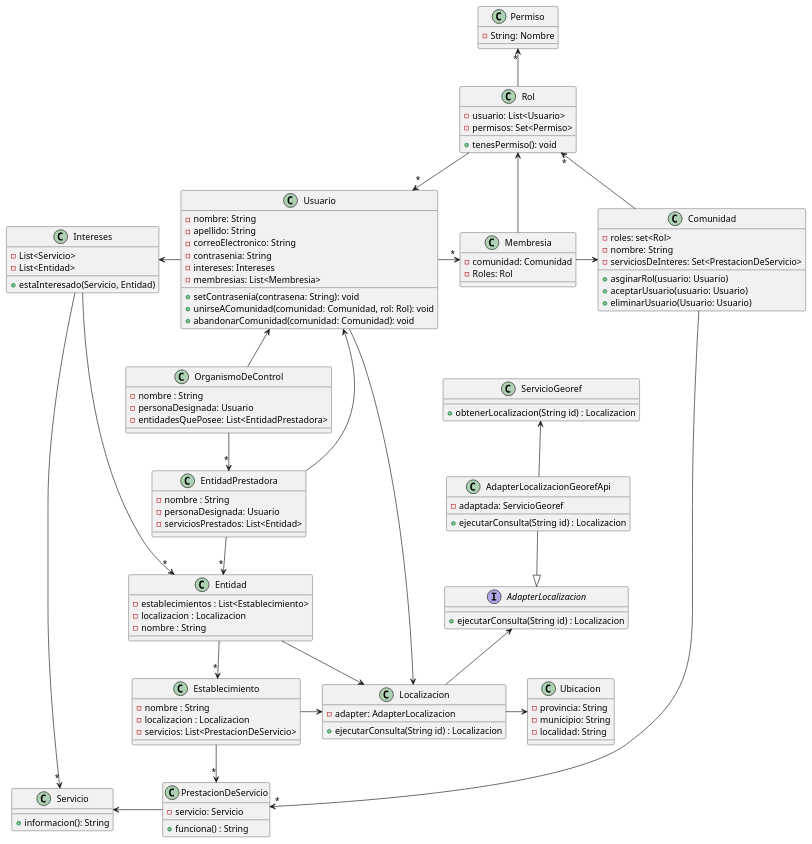
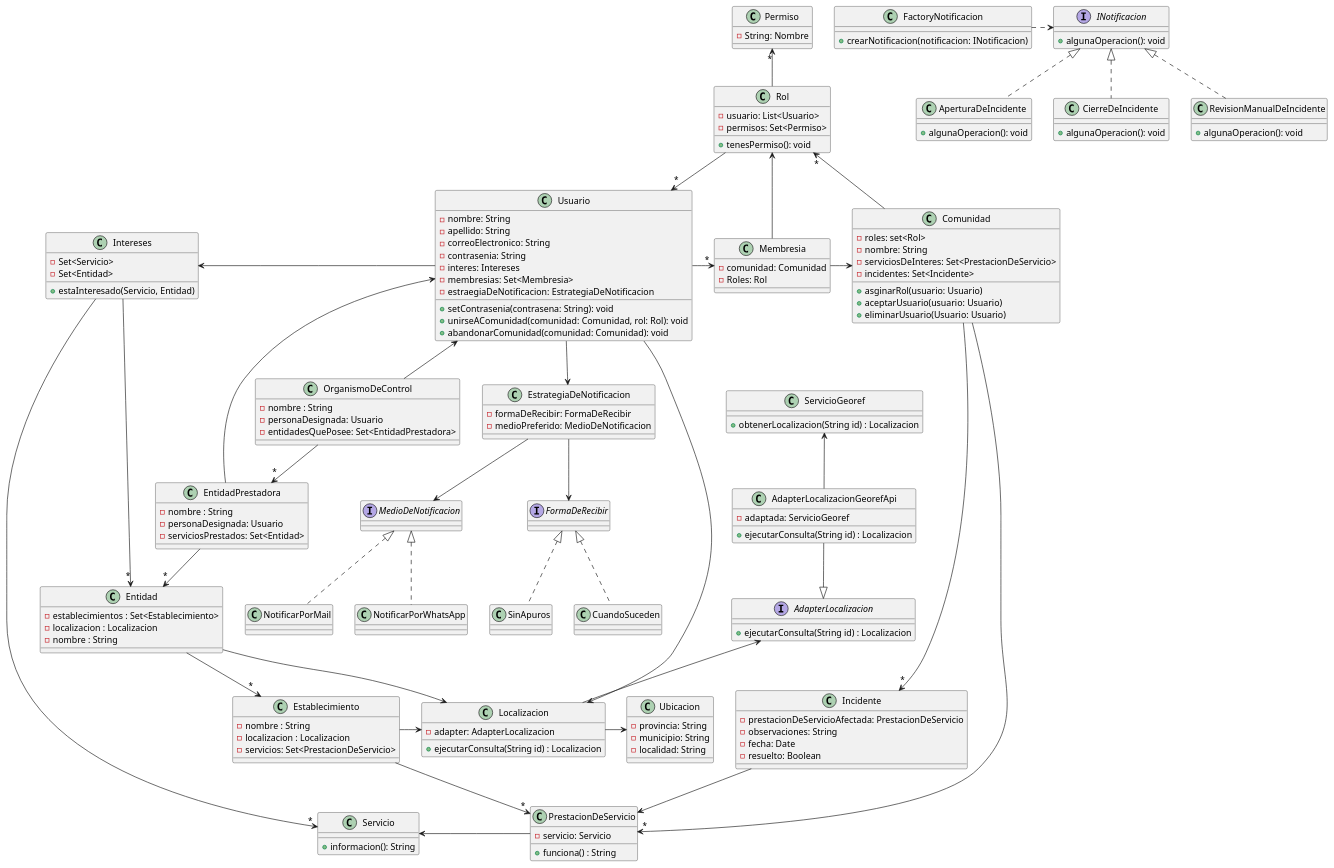
One commit to AndyTrias/comunidades-apoyo-movilidad-reducida- changed the diagram in Entregables/DiagramaDeClases.wsd. Above: the diagram before and after it, drawn with PlantUML.

Commit message:
cambiamos el diagrama (hicimos hasta el ranking) lo de notificaciones no me cierra mucho

```diff
--- a/Entregables/DiagramaDeClases.wsd
+++ b/Entregables/DiagramaDeClases.wsd
@@ -32,6 +32,7 @@
     -roles: set<Rol>
     -nombre: String
     -serviciosDeInteres: Set<PrestacionDeServicio>
+    - incidentes: Set<Incidente>
 
 
     +asginarRol(usuario: Usuario)
@@ -46,8 +47,9 @@
     -apellido: String
     -correoElectronico: String
     -contrasenia: String
-    -intereses: Intereses
-    - membresias: List<Membresia>
+    -interes: Intereses
+    - membresias: Set<Membresia>
+    - estraegiaDeNotificacion: EstrategiaDeNotificacion
 
 
 
@@ -61,7 +63,7 @@
 
 
 Class Entidad {
-    - establecimientos : List<Establecimiento>
+    - establecimientos : Set<Establecimiento>
     - localizacion : Localizacion
     - nombre : String
 }
@@ -72,7 +74,7 @@
 Class Establecimiento {
     - nombre : String
     - localizacion : Localizacion
-    - servicios: List<PrestacionDeServicio>
+    - servicios: Set<PrestacionDeServicio>
 }
 
 
@@ -122,8 +124,8 @@
 
 
 Class Intereses {
-    - List<Servicio>
-    - List<Entidad>
+    - Set<Servicio>
+    - Set<Entidad>
 
 
 
@@ -135,14 +137,14 @@
 Class EntidadPrestadora {
     - nombre : String    
     - personaDesignada: Usuario
-    - serviciosPrestados: List<Entidad>
+    - serviciosPrestados: Set<Entidad>
 }
 
 
 Class OrganismoDeControl {
     - nombre : String    
     - personaDesignada: Usuario
-    - entidadesQuePosee: List<EntidadPrestadora>
+    - entidadesQuePosee: Set<EntidadPrestadora>
 }
 
 class Ubicacion {
@@ -187,6 +189,86 @@
 ServicioGeoref <-- AdapterLocalizacionGeorefApi
 
 
+/' Entrega 3 '/
+
+/' INCIDENTES '/
+Class Incidente {
+    - prestacionDeServicioAfectada: PrestacionDeServicio
+    - observaciones: String
+    - fecha: Date
+    - resuelto: Boolean 
+}
+
+/' CONFIGURACION DE NOTIFICACIONES '/
+Class EstrategiaDeNotificacion {
+    - formaDeRecibir: FormaDeRecibir
+    - medioPreferido: MedioDeNotificacion
+}
+
+Interface MedioDeNotificacion {
+
+}
+
+Class NotificarPorWhatsApp {
+
+}
+
+Class NotificarPorMail {
+
+}
+
+Interface FormaDeRecibir {
+    
+}
+
+Class CuandoSuceden {
+
+}
+
+Class SinApuros {
+
+}
+
+/' NOTIFICACIONES '/
+
+Class FactoryNotificacion {
+    + crearNotificacion(notificacion: INotificacion) 
+}
+
+Interface INotificacion{
+    + algunaOperacion(): void
+}
+
+Class AperturaDeIncidente{
+    + algunaOperacion(): void
+}
+
+Class CierreDeIncidente{
+    + algunaOperacion(): void
+}
+
+Class RevisionManualDeIncidente{
+    + algunaOperacion(): void
+}
+
+Comunidad --> "*" Incidente
+Incidente --> PrestacionDeServicio
+
+Usuario --> EstrategiaDeNotificacion
+
+EstrategiaDeNotificacion --> FormaDeRecibir
+EstrategiaDeNotificacion --> MedioDeNotificacion
+
+FormaDeRecibir <|.. CuandoSuceden
+FormaDeRecibir <|.. SinApuros
+
+MedioDeNotificacion <|.. NotificarPorWhatsApp
+MedioDeNotificacion <|.. NotificarPorMail
+
+FactoryNotificacion .> INotificacion
+INotificacion <|.. AperturaDeIncidente
+INotificacion <|.. CierreDeIncidente
+INotificacion <|.. RevisionManualDeIncidente
 
 
 @enduml
```
